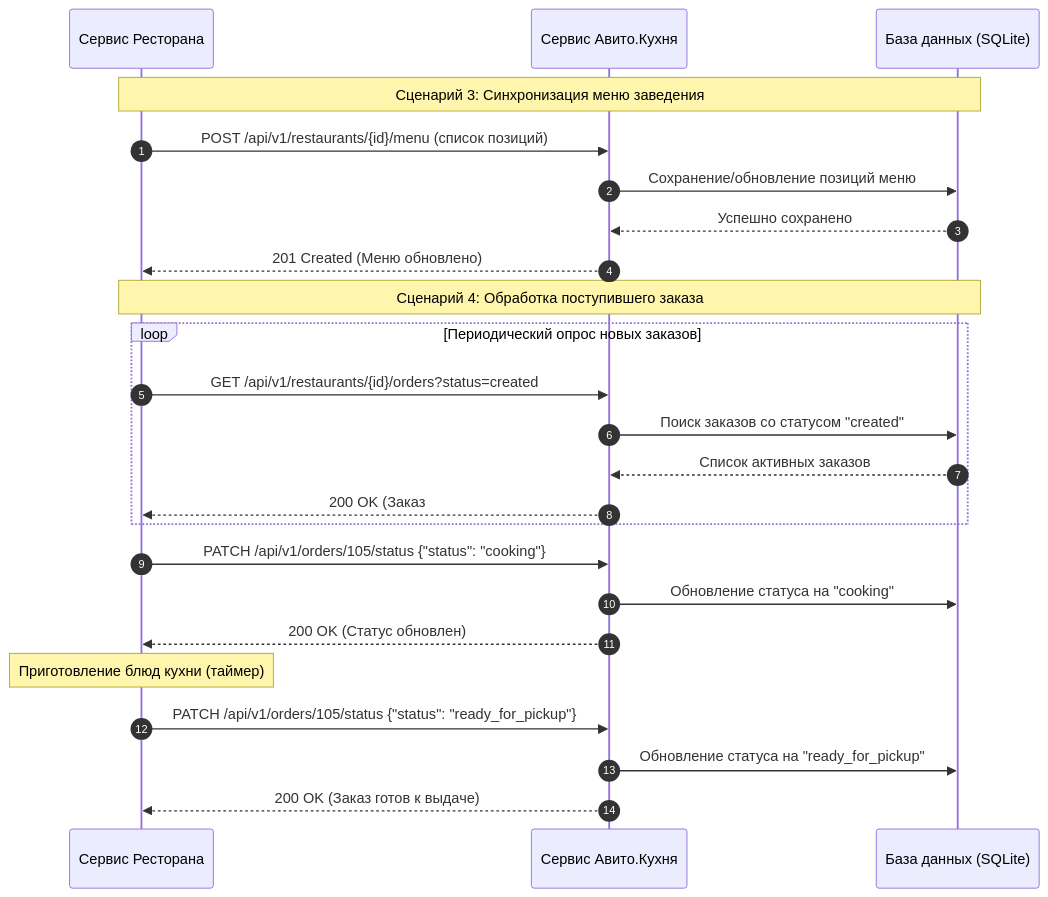
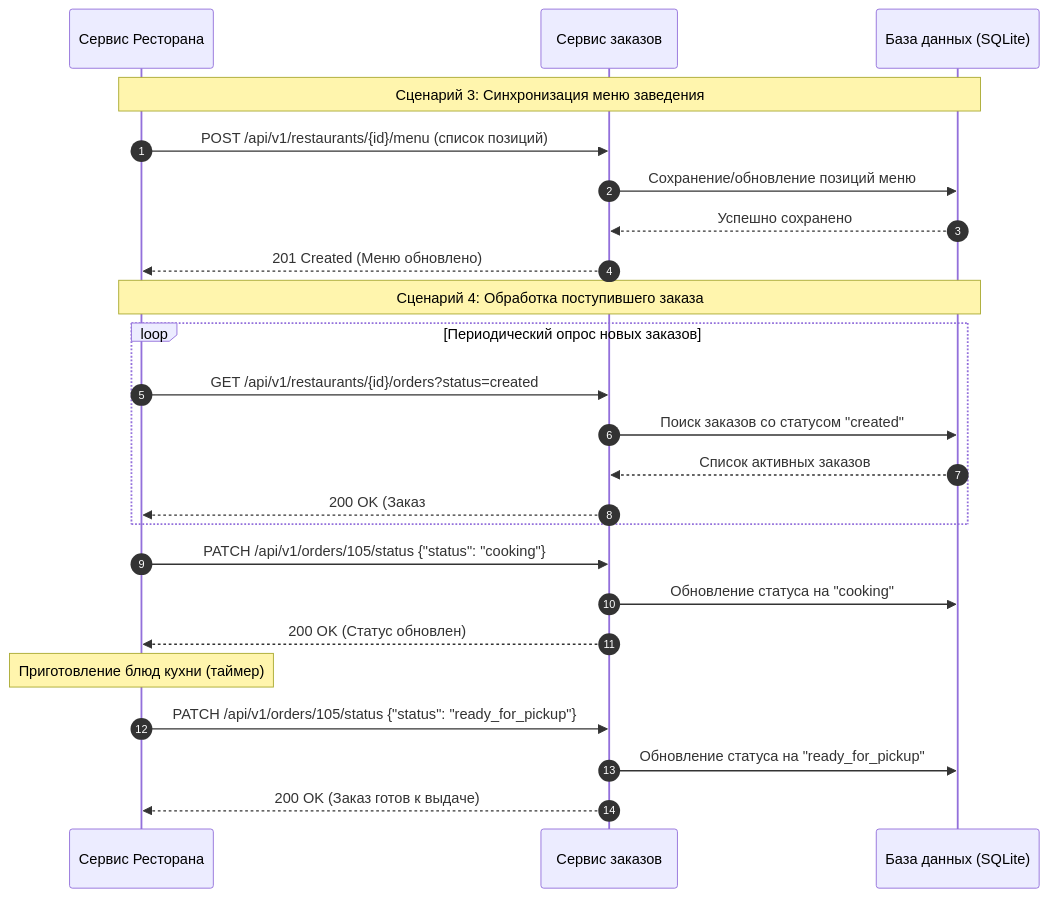
One commit to MOHOLOG/delivery-kitchen-api changed the second of 2 diagrams in docs/cjm.md. Above: the diagram before and after it, drawn with Mermaid. The commit also changed other lines of this file and 8 other files, not shown here.

````diff
--- a/docs/cjm.md
+++ b/docs/cjm.md
@@ -37,31 +37,31 @@
 ```mermaid
 sequenceDiagram
     autonumber
     participant Rest as Сервис Ресторана
-    participant API as Сервис Авито.Кухня
+    participant API as Сервис заказов
     participant DB as База данных (SQLite)
 
     Note over Rest, DB: Сценарий 3: Синхронизация меню заведения
     Rest->>API: POST /api/v1/restaurants/{id}/menu (список позиций)
     API->>DB: Сохранение/обновление позиций меню
     DB-->>API: Успешно сохранено
     API-->>Rest: 201 Created (Меню обновлено)
 
     Note over Rest, DB: Сценарий 4: Обработка поступившего заказа
     loop Периодический опрос новых заказов
         Rest->>API: GET /api/v1/restaurants/{id}/orders?status=created
         API->>DB: Поиск заказов со статусом "created"
         DB-->>API: Список активных заказов
         API-->>Rest: 200 OK (Заказ #105)
     end
 
     Rest->>API: PATCH /api/v1/orders/105/status {"status": "cooking"}
     API->>DB: Обновление статуса на "cooking"
     API-->>Rest: 200 OK (Статус обновлен)
 
     Note over Rest: Приготовление блюд кухни (таймер)
 
     Rest->>API: PATCH /api/v1/orders/105/status {"status": "ready_for_pickup"}
     API->>DB: Обновление статуса на "ready_for_pickup"
     API-->>Rest: 200 OK (Заказ готов к выдаче)
 ```
````
